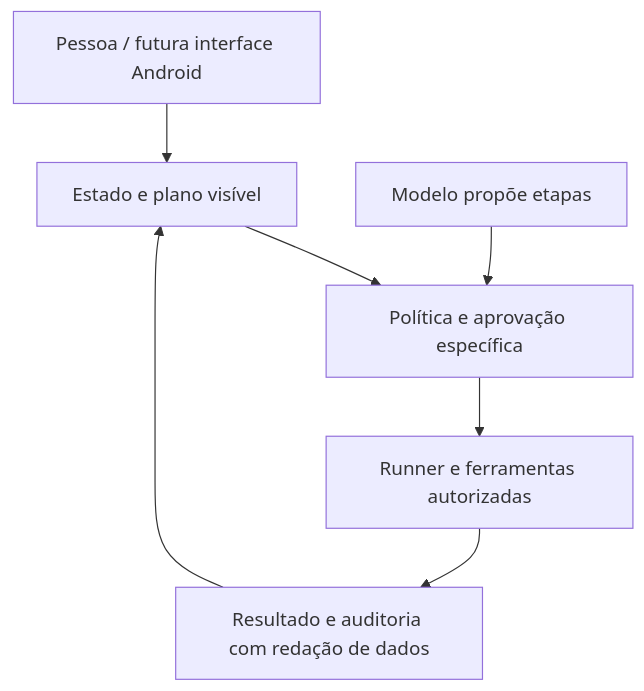
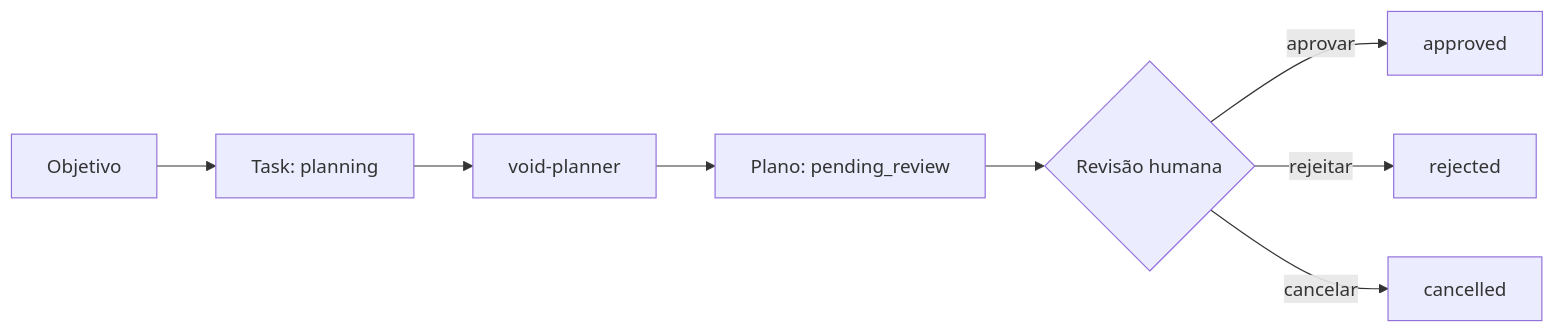
One commit to wandersonsaint014-hue/VOID-IA-public changed the diagram in README.md. Above: the diagram before and after it, drawn with Mermaid. The commit also changed other lines of this file, not shown here.

````diff
--- a/README.md
+++ b/README.md
@@ -61,9 +40,10 @@
 ```mermaid
-flowchart TD
-    U[Pessoa / futura interface Android] --> S[Estado e plano visível]
-    S --> P[Política e aprovação específica]
-    P --> R[Runner e ferramentas autorizadas]
-    R --> A[Resultado e auditoria com redação de dados]
-    A --> S
-    M[Modelo propõe etapas] --> P
+flowchart LR
+    A[Objetivo] --> B[Task: planning]
+    B --> C[void-planner]
+    C --> D[Plano: pending_review]
+    D --> E{Revisão humana}
+    E -->|aprovar| F[approved]
+    E -->|rejeitar| G[rejected]
+    E -->|cancelar| H[cancelled]
 ```
````
